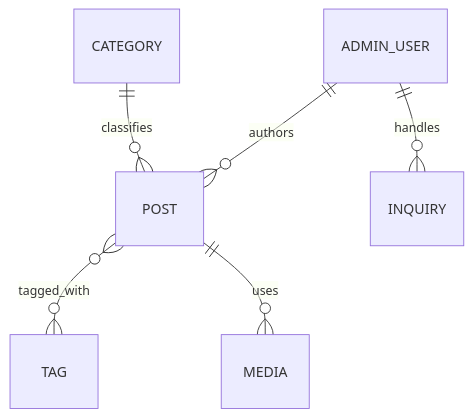
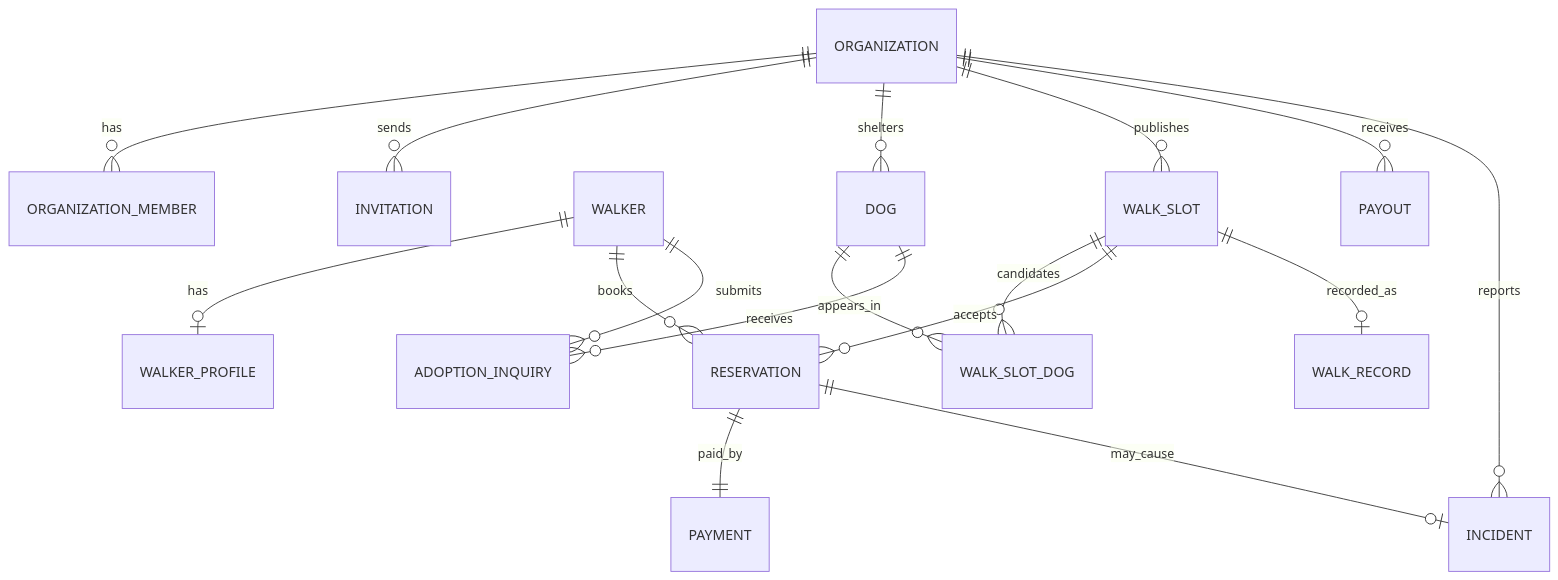
Before and after one commit to team-natural/walk-pet-kampo: the second of 2 diagrams in docs/2-product/02-system-and-data.md, drawn with Mermaid. The commit also changed other lines of this file and 24 other files, not shown here.

````diff
--- a/docs/2-product/02-system-and-data.md
+++ b/docs/2-product/02-system-and-data.md
@@ -184,12 +230,19 @@
 ```mermaid
 erDiagram
-    ADMIN_USER ||--o{ POST : authors
-    CATEGORY ||--o{ POST : classifies
-    POST }o--o{ TAG : tagged_with
-    POST ||--o{ MEDIA : uses
-    ADMIN_USER ||--o{ INQUIRY : handles
-
-    %% プロダクト固有エンティティ（採用時のみ）
-    %% ADMIN_USER ||--o{ PAGE : authors
-    %% ORDER ||--o{ MEDIA : references
+    ORGANIZATION ||--o{ ORGANIZATION_MEMBER : has
+    ORGANIZATION ||--o{ INVITATION : sends
+    WALKER ||--o| WALKER_PROFILE : has
+    ORGANIZATION ||--o{ DOG : shelters
+    ORGANIZATION ||--o{ WALK_SLOT : publishes
+    WALK_SLOT ||--o{ WALK_SLOT_DOG : candidates
+    DOG ||--o{ WALK_SLOT_DOG : appears_in
+    WALK_SLOT ||--o{ RESERVATION : accepts
+    WALKER ||--o{ RESERVATION : books
+    RESERVATION ||--|| PAYMENT : paid_by
+    ORGANIZATION ||--o{ PAYOUT : receives
+    WALK_SLOT ||--o| WALK_RECORD : recorded_as
+    ORGANIZATION ||--o{ INCIDENT : reports
+    RESERVATION ||--o| INCIDENT : may_cause
+    DOG ||--o{ ADOPTION_INQUIRY : receives
+    WALKER ||--o{ ADOPTION_INQUIRY : submits
 ```
````
